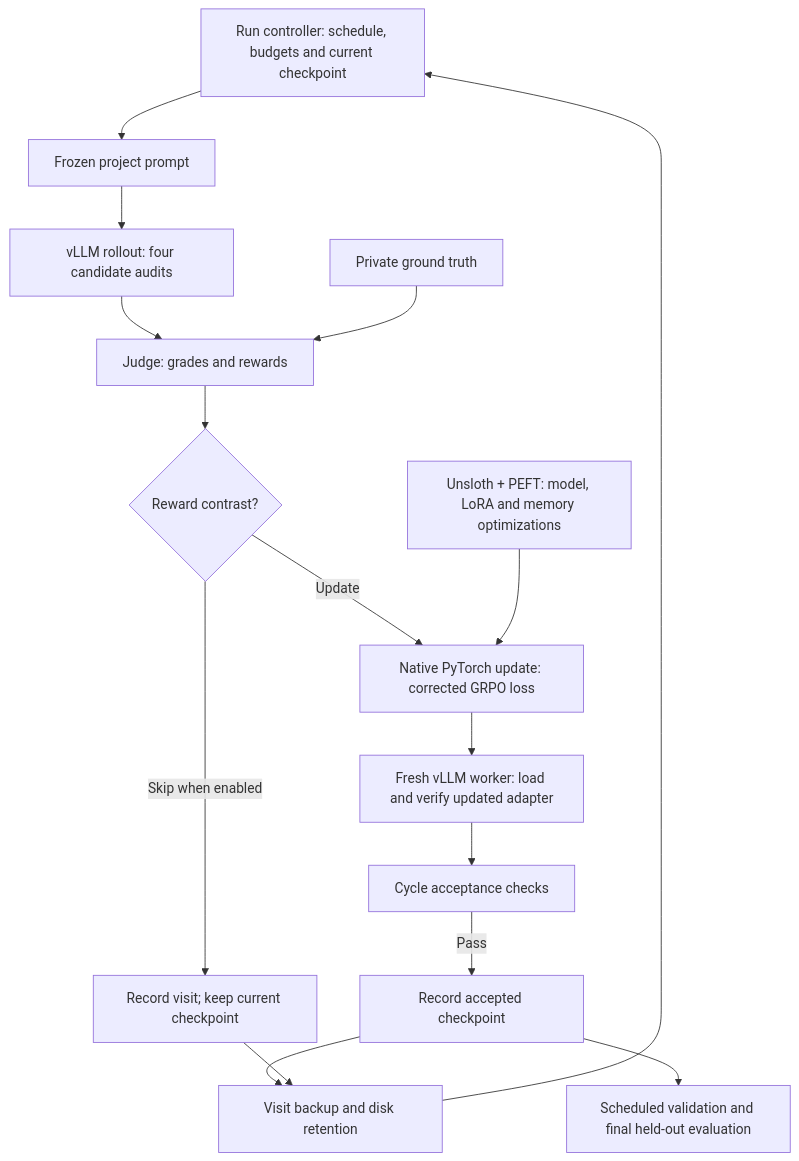
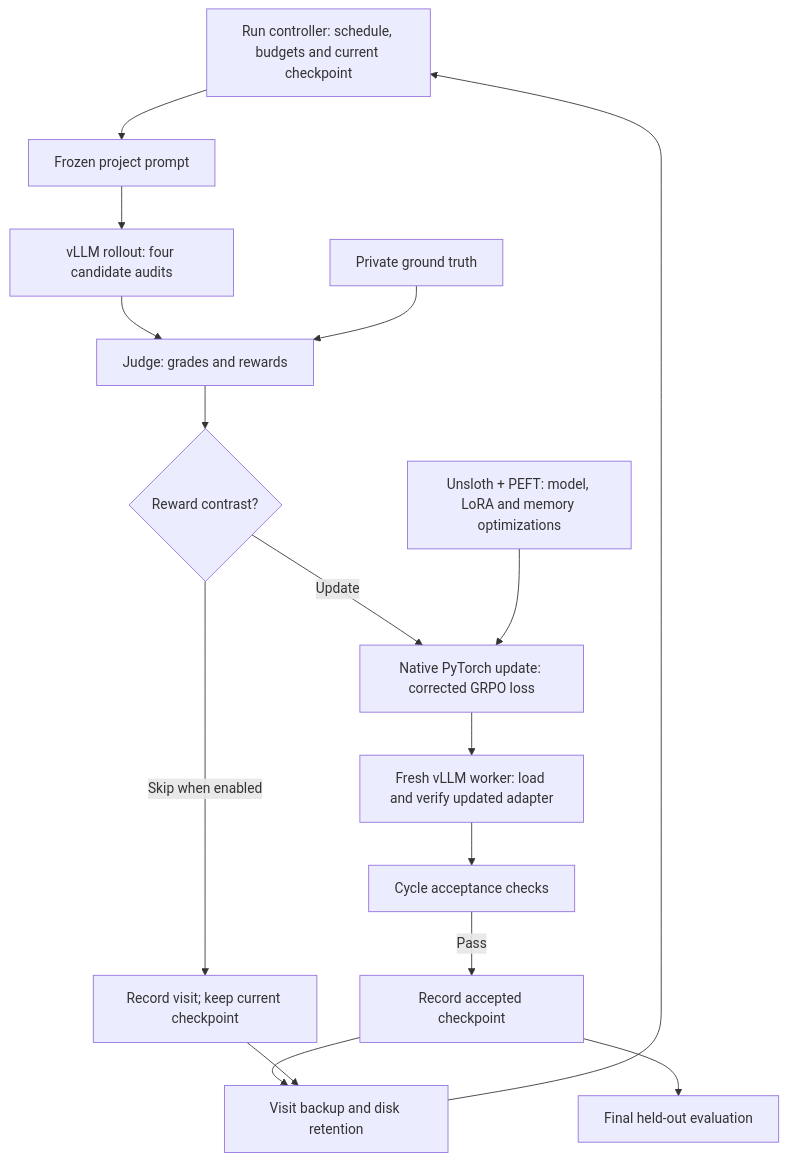
One commit to hyonbokan/audit-grpo-runtime changed the diagram in README.md. Above: the diagram before and after it, drawn with Mermaid. The commit also changed other lines of this file and 18 other files, not shown here.

````diff
--- a/README.md
+++ b/README.md
@@ -34,18 +34,18 @@
 ```mermaid
 flowchart TD
     C["Run controller: schedule, budgets and current checkpoint"] --> P["Frozen project prompt"]
     P --> R["vLLM rollout: four candidate audits"]
     R --> J["Judge: grades and rewards"]
     G["Private ground truth"] --> J
     J --> D{"Reward contrast?"}
     D -->|"Update"| U["Native PyTorch update: corrected GRPO loss"]
     L["Unsloth + PEFT: model, LoRA and memory optimizations"] --> U
     U --> F["Fresh vLLM worker: load and verify updated adapter"]
     F --> A["Cycle acceptance checks"]
     A -->|"Pass"| K["Record accepted checkpoint"]
     D -->|"Skip when enabled"| S["Record visit; keep current checkpoint"]
     K --> B["Visit backup and disk retention"]
     S --> B
     B --> C
-    K --> V["Scheduled validation and final held-out evaluation"]
+    K --> V["Final held-out evaluation"]
 ```
````
